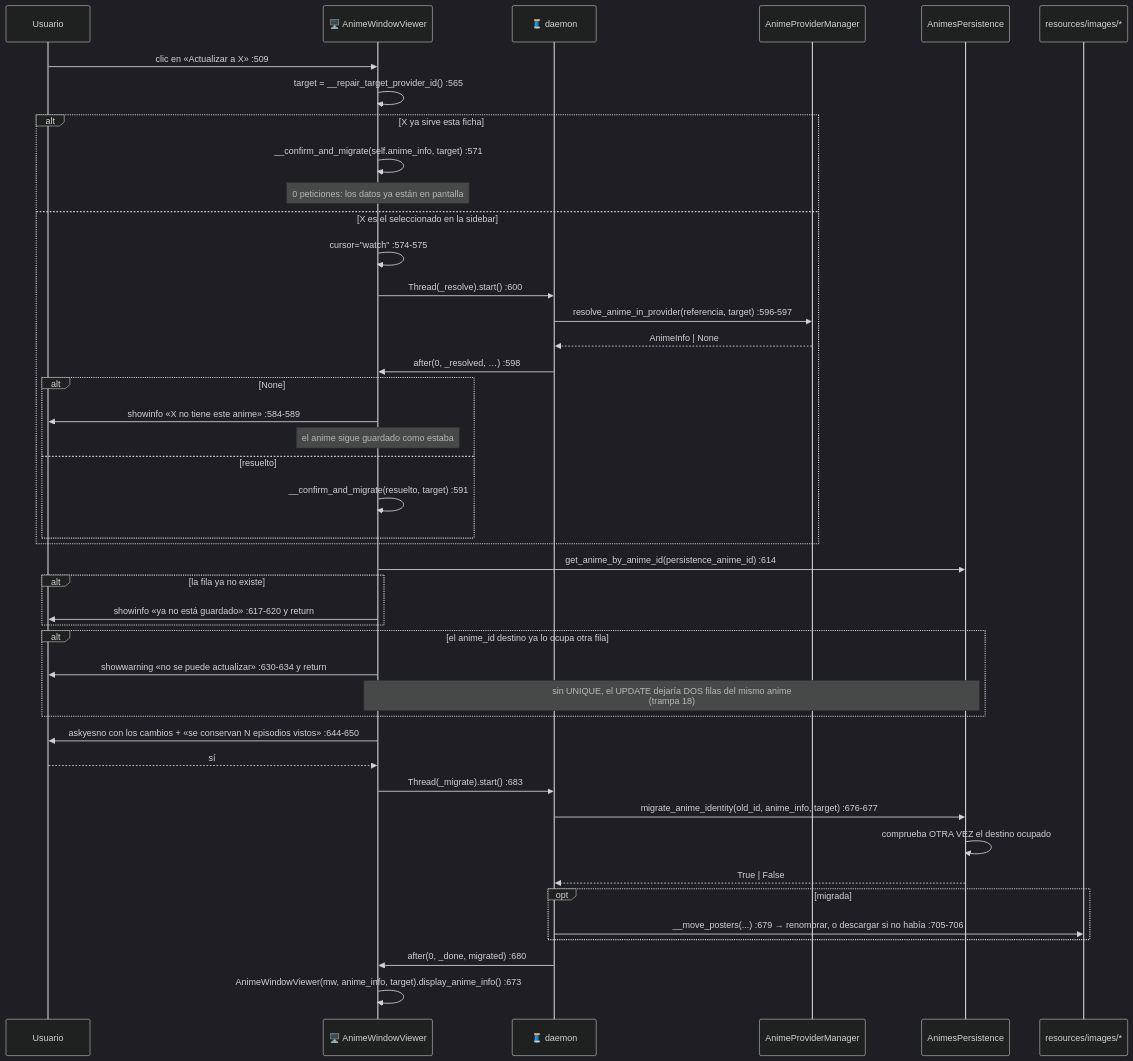
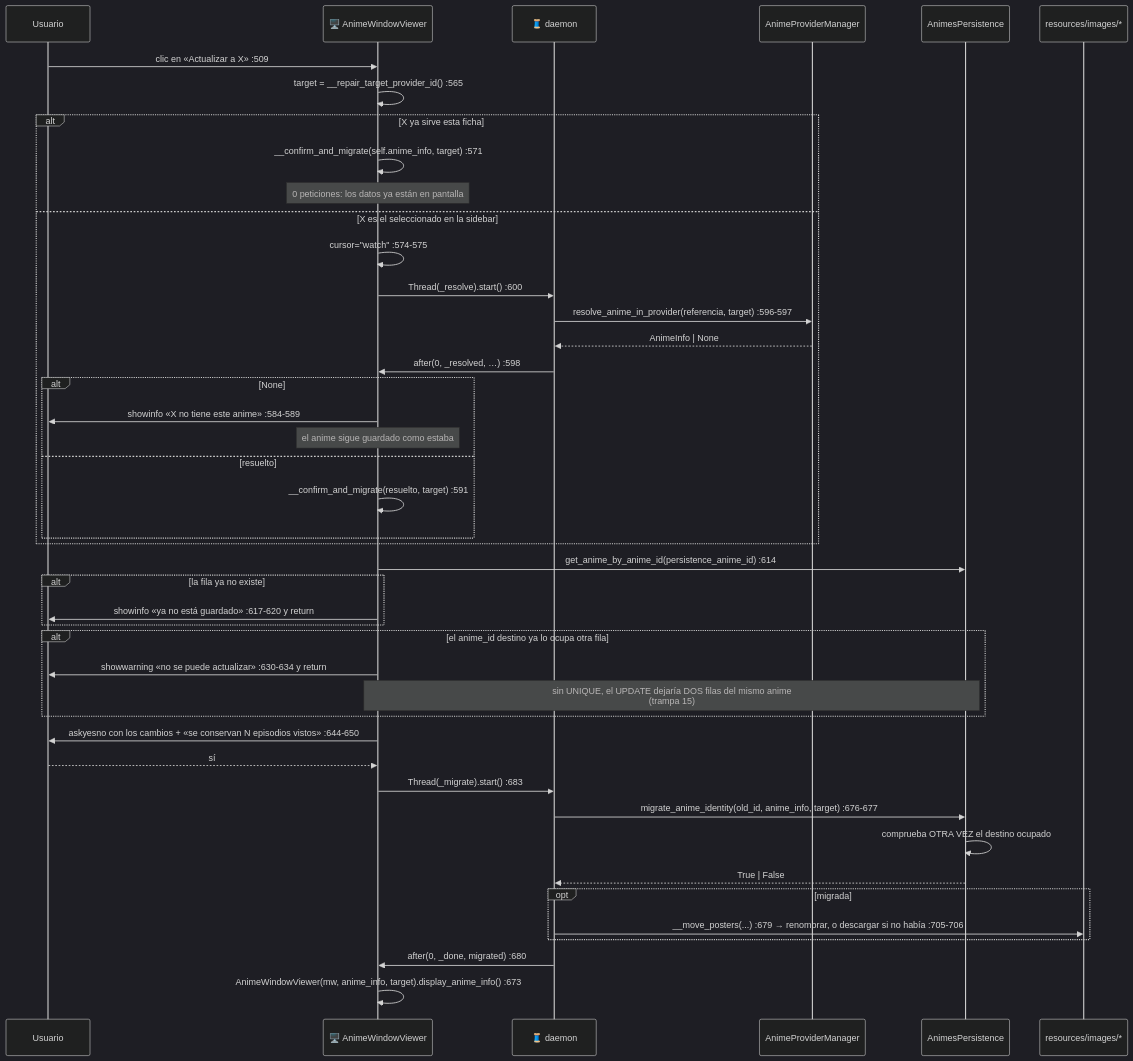
Diagram 12 of 20 in .claude/docs/03-flujos-de-ejecucion.md (DavidEscri/BibliotecaAnime), drawn with Mermaid (dark theme) before and after one commit. The commit also changed other lines of this file and 14 other files, not shown here.

````diff
--- a/.claude/docs/03-flujos-de-ejecucion.md
+++ b/.claude/docs/03-flujos-de-ejecucion.md
@@ -582,48 +582,48 @@
 ```mermaid
 sequenceDiagram
     participant U as Usuario
     participant AW as 🖥️ AnimeWindowViewer
     participant T as 🧵 daemon
     participant MGR as AnimeProviderManager
     participant P as AnimesPersistence
     participant FS as resources/images/*
 
     U->>AW: clic en «Actualizar a X» :509
     AW->>AW: target = __repair_target_provider_id() :565
     alt X ya sirve esta ficha
         AW->>AW: __confirm_and_migrate(self.anime_info, target) :571
         Note over AW: 0 peticiones: los datos ya están en pantalla
     else X es el seleccionado en la sidebar
         AW->>AW: cursor="watch" :574-575
         AW->>T: Thread(_resolve).start() :600
         T->>MGR: resolve_anime_in_provider(referencia, target) :596-597
         MGR-->>T: AnimeInfo | None
         T->>AW: after(0, _resolved, …) :598
         alt None
             AW->>U: showinfo «X no tiene este anime» :584-589
             Note over AW: el anime sigue guardado como estaba
         else resuelto
             AW->>AW: __confirm_and_migrate(resuelto, target) :591
         end
     end
 
     AW->>P: get_anime_by_anime_id(persistence_anime_id) :614
     alt la fila ya no existe
         AW->>U: showinfo «ya no está guardado» :617-620 y return
     end
     alt el anime_id destino ya lo ocupa otra fila
         AW->>U: showwarning «no se puede actualizar» :630-634 y return
-        Note over AW,P: sin UNIQUE, el UPDATE dejaría DOS filas del mismo anime<br/>(trampa 18)
+        Note over AW,P: sin UNIQUE, el UPDATE dejaría DOS filas del mismo anime<br/>(trampa 15)
     end
     AW->>U: askyesno con los cambios + «se conservan N episodios vistos» :644-650
     U-->>AW: sí
     AW->>T: Thread(_migrate).start() :683
     T->>P: migrate_anime_identity(old_id, anime_info, target) :676-677
     P->>P: comprueba OTRA VEZ el destino ocupado
     P-->>T: True | False
     opt migrada
         T->>FS: __move_posters(...) :679 → renombrar, o descargar si no había :705-706
     end
     T->>AW: after(0, _done, migrated) :680
     AW->>AW: AnimeWindowViewer(mw, anime_info, target).display_anime_info() :673
 ```
````
